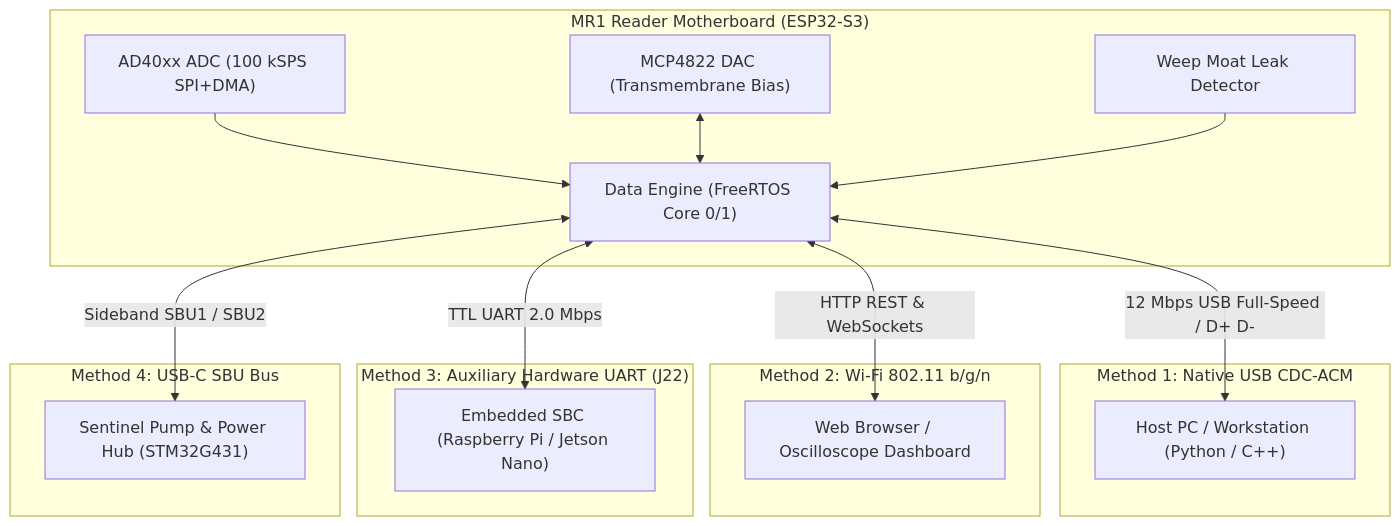
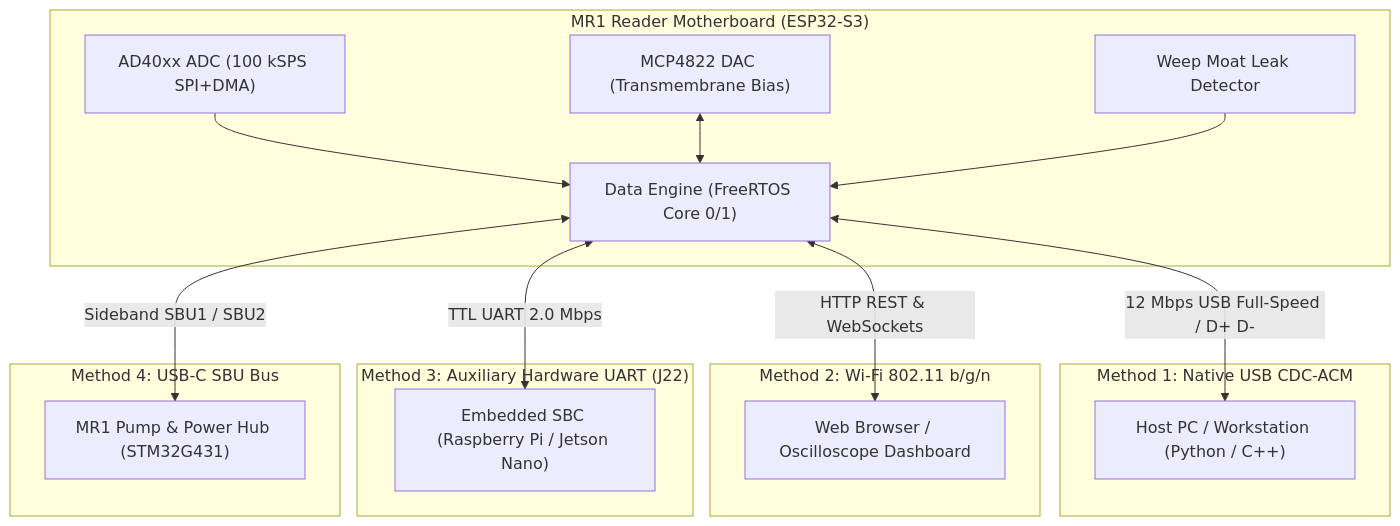
The diagram in docs/MR1_DATA_EXCHANGE_SPEC.md (EpicQuestBio/MR1), drawn with Mermaid before and after one commit. The commit also changed other lines of this file and 70 other files, not shown here.

````diff
--- a/docs/MR1_DATA_EXCHANGE_SPEC.md
+++ b/docs/MR1_DATA_EXCHANGE_SPEC.md
@@ -13,24 +13,24 @@
 ```mermaid
 flowchart TD
     subgraph MR1_Hardware ["MR1 Reader Motherboard (ESP32-S3)"]
         ADC["AD40xx ADC (100 kSPS SPI+DMA)"] --> Core["Data Engine (FreeRTOS Core 0/1)"]
         DAC["MCP4822 DAC (Transmembrane Bias)"] <--> Core
         Moat["Weep Moat Leak Detector"] --> Core
     end
 
     subgraph Channel1 ["Method 1: Native USB CDC-ACM"]
         Core <-->|12 Mbps USB Full-Speed / D+ D-| HostPC["Host PC / Workstation (Python / C++)"]
     end
 
     subgraph Channel2 ["Method 2: Wi-Fi 802.11 b/g/n"]
         Core <-->|HTTP REST & WebSockets| Browser["Web Browser / Oscilloscope Dashboard"]
     end
 
     subgraph Channel3 ["Method 3: Auxiliary Hardware UART (J22)"]
         Core <-->|TTL UART 2.0 Mbps| SBC["Embedded SBC (Raspberry Pi / Jetson Nano)"]
     end
 
     subgraph Channel4 ["Method 4: USB-C SBU Bus"]
-        Core <-->|Sideband SBU1 / SBU2| Pump["Sentinel Pump & Power Hub (STM32G431)"]
+        Core <-->|Sideband SBU1 / SBU2| Pump["MR1 Pump & Power Hub (STM32G431)"]
     end
 ```
````
